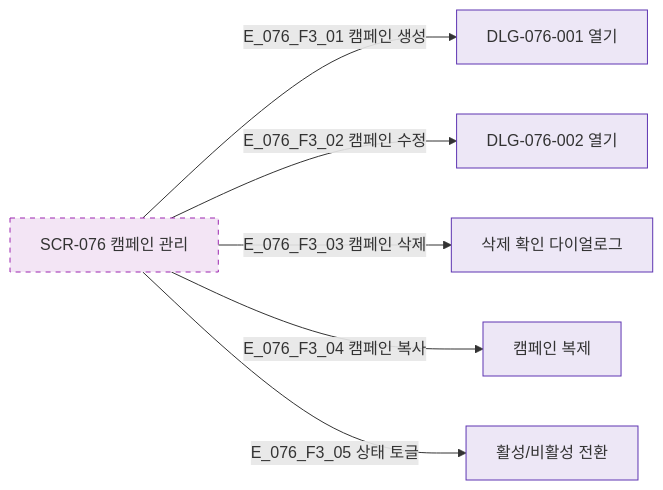
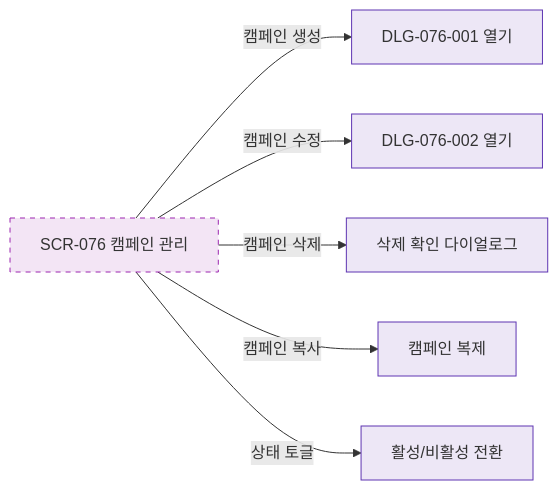
The diagram in docs/다이어그램/D08_마케팅/SCR-076_캠페인관리/F3_버튼액션.md (dev-spogym/admin-pando), drawn with Mermaid before and after one commit. The commit also changed other lines of this file and 1660 other files, not shown here.

First line of the commit message:
다이어그램: 기획자/클라이언트 납품본으로 정리

````diff
--- a/docs/다이어그램/D08_마케팅/SCR-076_캠페인관리/F3_버튼액션.md
+++ b/docs/다이어그램/D08_마케팅/SCR-076_캠페인관리/F3_버튼액션.md
@@ -14,16 +12,16 @@
 ```mermaid
 flowchart LR
   SCR_076[SCR-076 캠페인 관리]
 
-  SCR_076 -->|E_076_F3_01 캠페인 생성| BTN_CREATE[DLG-076-001 열기]
-  SCR_076 -->|E_076_F3_02 캠페인 수정| BTN_EDIT[DLG-076-002 열기]
-  SCR_076 -->|E_076_F3_03 캠페인 삭제| BTN_DELETE[삭제 확인 다이얼로그]
-  SCR_076 -->|E_076_F3_04 캠페인 복사| BTN_COPY[캠페인 복제]
-  SCR_076 -->|E_076_F3_05 상태 토글| BTN_TOGGLE[활성/비활성 전환]
+  SCR_076 -->|캠페인 생성|BTN_CREATE[DLG-076-001 열기]
+  SCR_076 -->|캠페인 수정|BTN_EDIT[DLG-076-002 열기]
+  SCR_076 -->|캠페인 삭제|BTN_DELETE[삭제 확인 다이얼로그]
+  SCR_076 -->|캠페인 복사|BTN_COPY[캠페인 복제]
+  SCR_076 -->|상태 토글|BTN_TOGGLE[활성/비활성 전환]
 
   classDef newFeature fill:#F3E5F5,stroke:#9C27B0,stroke-dasharray:5 5
-  classDef system     fill:#EDE7F6,stroke:#5E35B2
+  classDef system fill:#EDE7F6,stroke:#5E35B2
 
   class SCR_076 newFeature
   class BTN_CREATE,BTN_EDIT,BTN_DELETE,BTN_COPY,BTN_TOGGLE system
 ```
````
